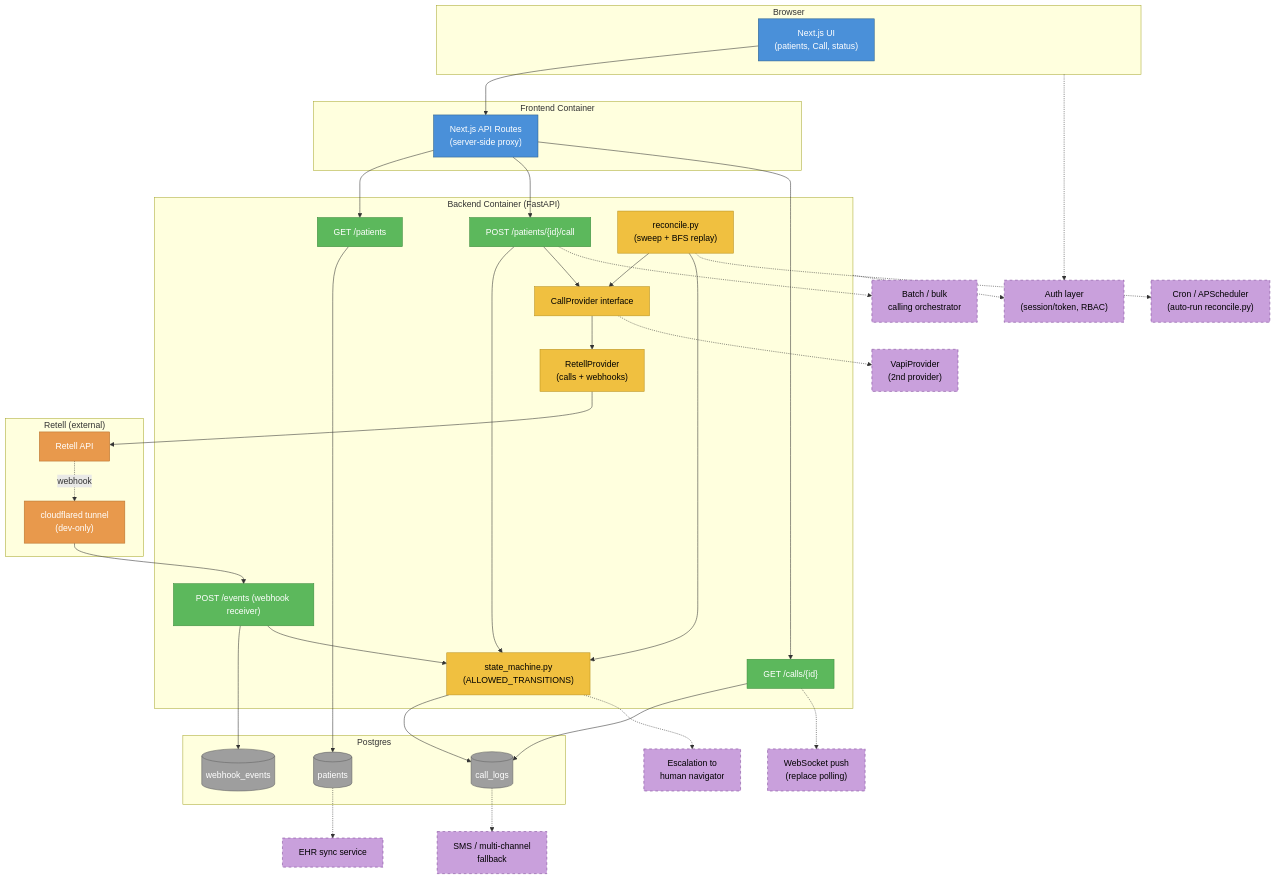
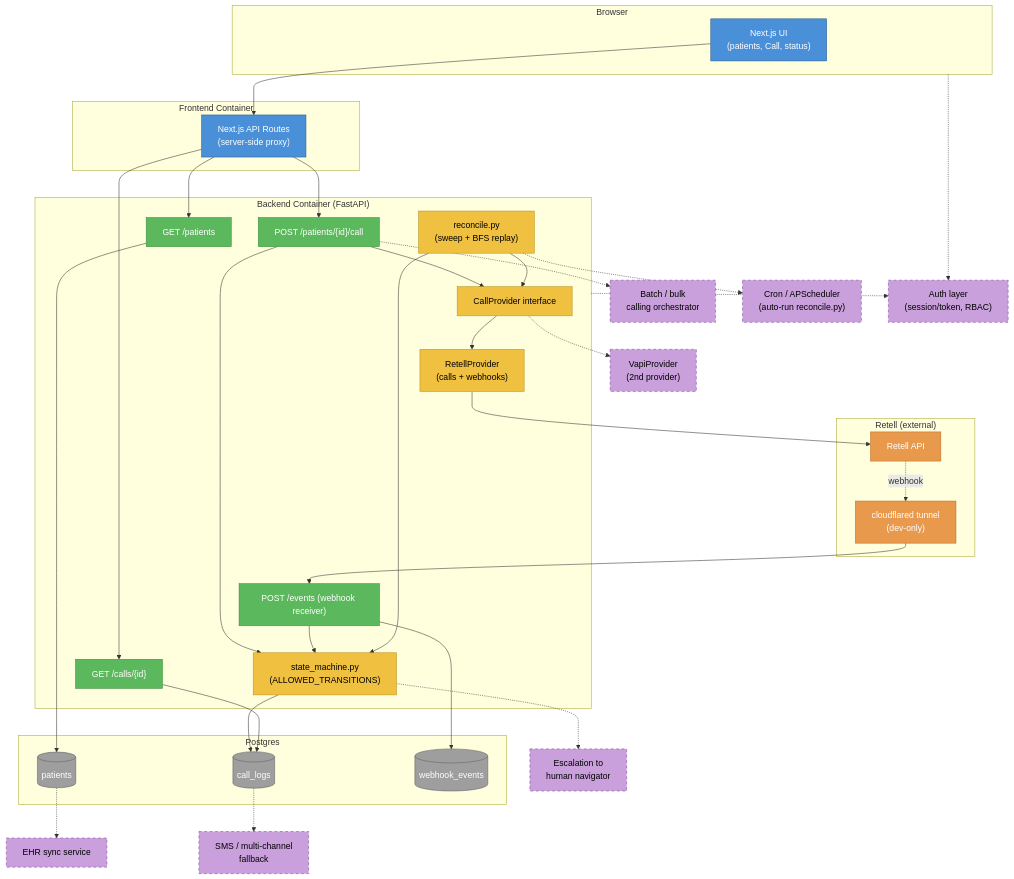
The second of 2 diagrams in README.md (liam-pinson/rely-health-ai-calling-agent), drawn with Mermaid before and after one commit. The commit also changed other lines of this file and 31 other files, not shown here.

````diff
--- a/README.md
+++ b/README.md
@@ -519,75 +566,73 @@
 ```mermaid
 flowchart TB
     subgraph Client["Browser"]
         UI["Next.js UI<br/>(patients, Call, status)"]
     end
 
     subgraph Frontend["Frontend Container"]
         Proxy["Next.js API Routes<br/>(server-side proxy)"]
     end
 
     subgraph Backend["Backend Container (FastAPI)"]
         Patients["GET /patients"]
         CallEP["POST /patients/{id}/call"]
         Events["POST /events (webhook receiver)"]
         CallsGet["GET /calls/{id}"]
         SM["state_machine.py<br/>(ALLOWED_TRANSITIONS)"]
         Reconcile["reconcile.py<br/>(sweep + BFS replay)"]
         Provider["CallProvider interface"]
         Retell["RetellProvider<br/>(calls + webhooks)"]
     end
 
     subgraph DB["Postgres"]
         PatientTbl[("patients")]
         CallLogTbl[("call_logs")]
         WebhookTbl[("webhook_events")]
     end
 
     subgraph External["Retell (external)"]
         RetellAPI["Retell API"]
         Tunnel["cloudflared tunnel<br/>(dev-only)"]
     end
 
     UI --> Proxy --> Patients & CallEP & CallsGet
     CallEP --> SM --> CallLogTbl
     CallEP --> Provider --> Retell --> RetellAPI
     RetellAPI -.webhook.-> Tunnel --> Events --> WebhookTbl
     Events --> SM
     Reconcile --> Provider
     Reconcile --> SM
     Patients --> PatientTbl
     CallsGet --> CallLogTbl
 
     Vapi["VapiProvider<br/>(2nd provider)"]
     SMS["SMS / multi-channel<br/>fallback"]
     Escalation["Escalation to<br/>human navigator"]
     Batch["Batch / bulk<br/>calling orchestrator"]
     EHR["EHR sync service"]
     Scheduler["Cron / APScheduler<br/>(auto-run reconcile.py)"]
-    WS["WebSocket push<br/>(replace polling)"]
     Auth["Auth layer<br/>(session/token, RBAC)"]
 
     Provider -.-> Vapi
     CallLogTbl -.-> SMS
     SM -.-> Escalation
     CallEP -.-> Batch
     PatientTbl -.-> EHR
     Reconcile -.-> Scheduler
-    CallsGet -.-> WS
     Client -.-> Auth
     Backend -.-> Auth
 
     class UI,Proxy frontend
     class Patients,CallEP,Events,CallsGet route
     class SM,Reconcile,Provider,Retell logic
     class PatientTbl,CallLogTbl,WebhookTbl db
     class RetellAPI,Tunnel external
-    class Vapi,SMS,Escalation,Batch,EHR,Scheduler,WS,Auth future
+    class Vapi,SMS,Escalation,Batch,EHR,Scheduler,Auth future
 
     classDef frontend fill:#4A90D9,stroke:#2C5F8A,color:#fff
     classDef route fill:#5CB85C,stroke:#3D8B3D,color:#fff
     classDef logic fill:#F0C040,stroke:#B8901E,color:#000
     classDef db fill:#9E9E9E,stroke:#616161,color:#fff
     classDef external fill:#E8994C,stroke:#B5702A,color:#fff
     classDef future fill:#C9A0DC,stroke:#7B4397,color:#000,stroke-dasharray: 5 5
 ```
````
